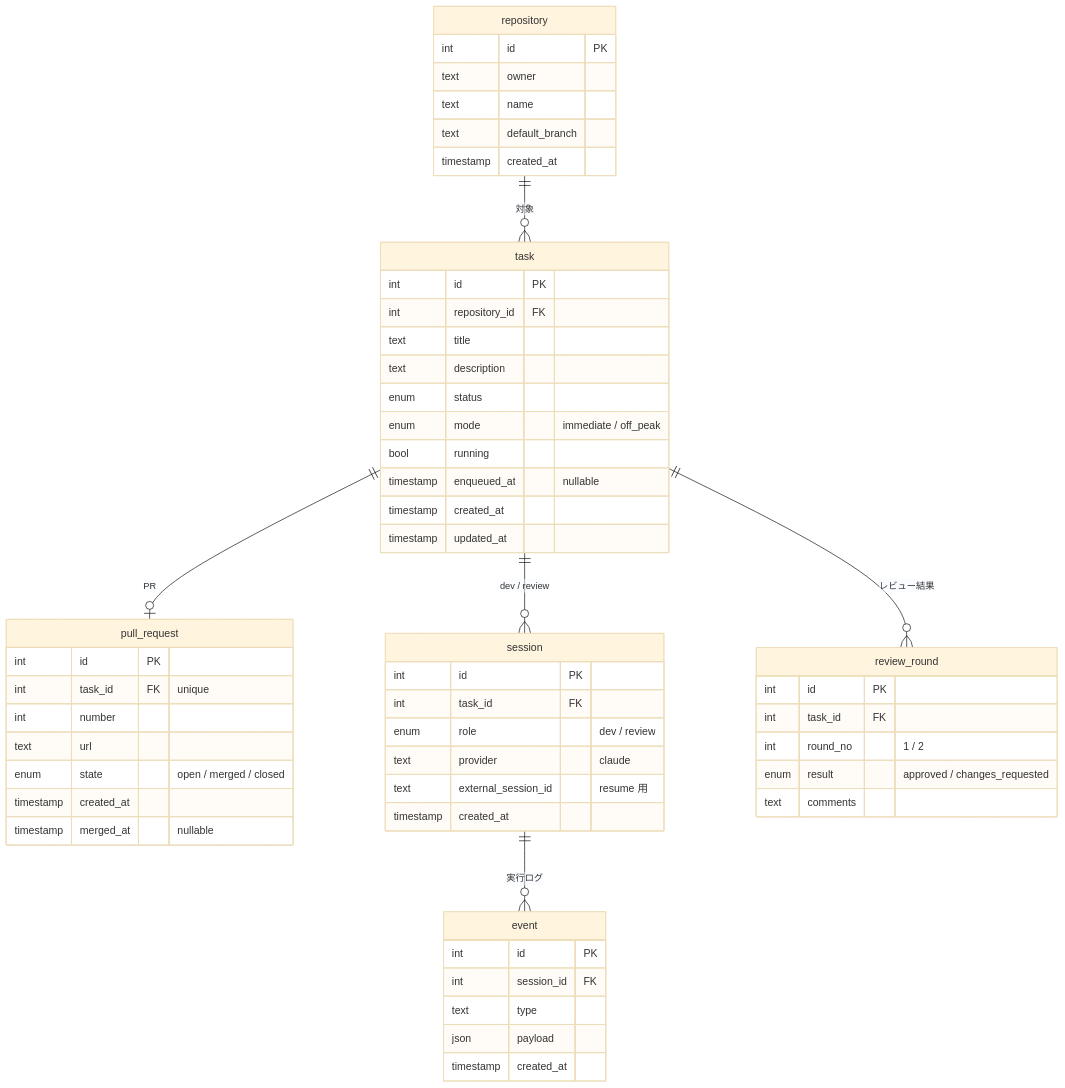
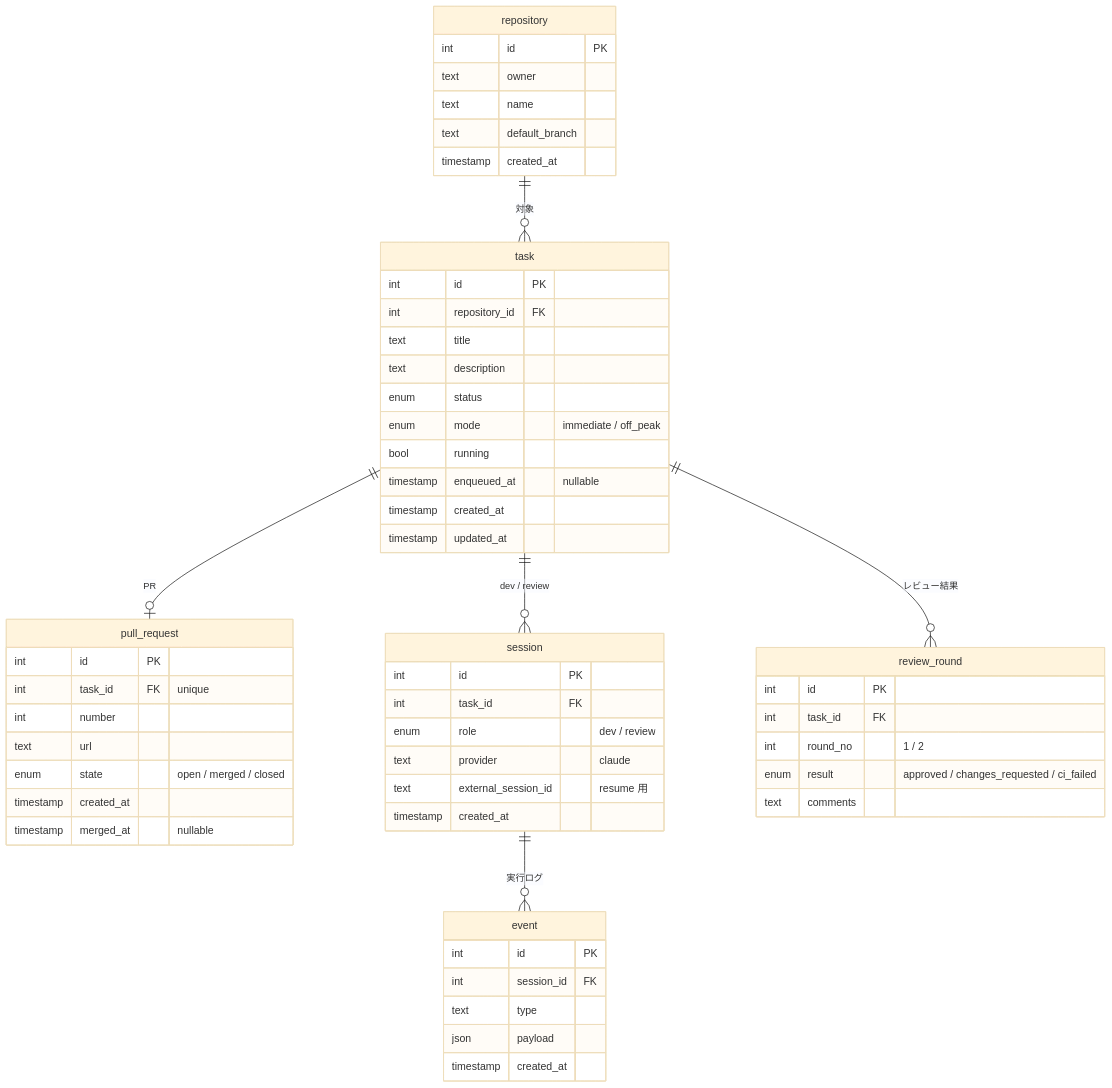
Before and after one commit to Satoru314/Kobo-13900K: the diagram in docs/design.md, drawn with Mermaid (base theme). The commit also changed other lines of this file, not shown here.

````diff
--- a/docs/design.md
+++ b/docs/design.md
@@ -146,59 +150,59 @@
 ```mermaid
 erDiagram
   repository ||--o{ task : "対象"
   task ||--o| pull_request : "PR"
   task ||--o{ session : "dev / review"
   task ||--o{ review_round : "レビュー結果"
   session ||--o{ event : "実行ログ"
 
   repository {
     int id PK
     text owner
     text name
     text default_branch
     timestamp created_at
   }
   task {
     int id PK
     int repository_id FK
     text title
     text description
     enum status
     enum mode "immediate / off_peak"
     bool running
     timestamp enqueued_at "nullable"
     timestamp created_at
     timestamp updated_at
   }
   pull_request {
     int id PK
     int task_id FK "unique"
     int number
     text url
     enum state "open / merged / closed"
     timestamp created_at
     timestamp merged_at "nullable"
   }
   session {
     int id PK
     int task_id FK
     enum role "dev / review"
     text provider "claude"
     text external_session_id "resume 用"
     timestamp created_at
   }
   review_round {
     int id PK
     int task_id FK
     int round_no "1 / 2"
-    enum result "approved / changes_requested"
+    enum result "approved / changes_requested / ci_failed"
     text comments
   }
   event {
     int id PK
     int session_id FK
     text type
     json payload
     timestamp created_at
   }
 ```
````
